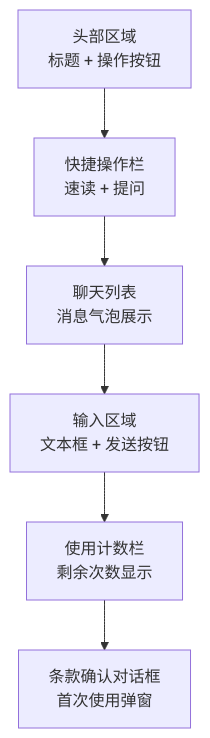
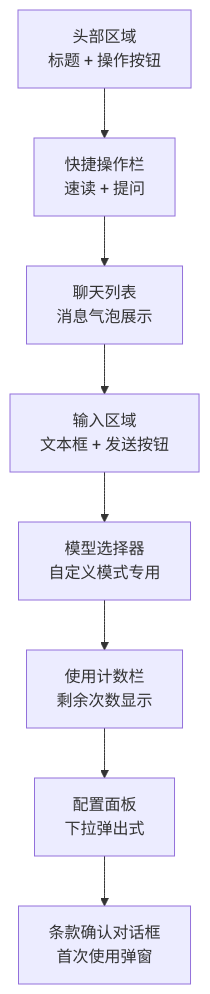
One commit to terwer/siyuan-plugin-blog changed the second of 23 diagrams in .qoder/repowiki/zh/content/核心功能/AI助手系统.md. Above: the diagram before and after it, drawn with Mermaid. The commit also changed other lines of this file and 8 other files, not shown here.

Commit message:
feat(ai-assistant): add dynamic model selection & dropdown config

````diff
--- a/.qoder/repowiki/zh/content/核心功能/AI助手系统.md
+++ b/.qoder/repowiki/zh/content/核心功能/AI助手系统.md
@@ -109,8 +127,10 @@
 ```mermaid
 flowchart TD
 Header[头部区域<br/>标题 + 操作按钮] --> QuickActions[快捷操作栏<br/>速读 + 提问]
 QuickActions --> ChatList[聊天列表<br/>消息气泡展示]
 ChatList --> InputArea[输入区域<br/>文本框 + 发送按钮]
-InputArea --> UsageBar[使用计数栏<br/>剩余次数显示]
-UsageBar --> TermsDialog[条款确认对话框<br/>首次使用弹窗]
+InputArea --> ModelSelector[模型选择器<br/>自定义模式专用]
+ModelSelector --> UsageBar[使用计数栏<br/>剩余次数显示]
+UsageBar --> ConfigPanel[配置面板<br/>下拉弹出式]
+ConfigPanel --> TermsDialog[条款确认对话框<br/>首次使用弹窗]
 ```
````
